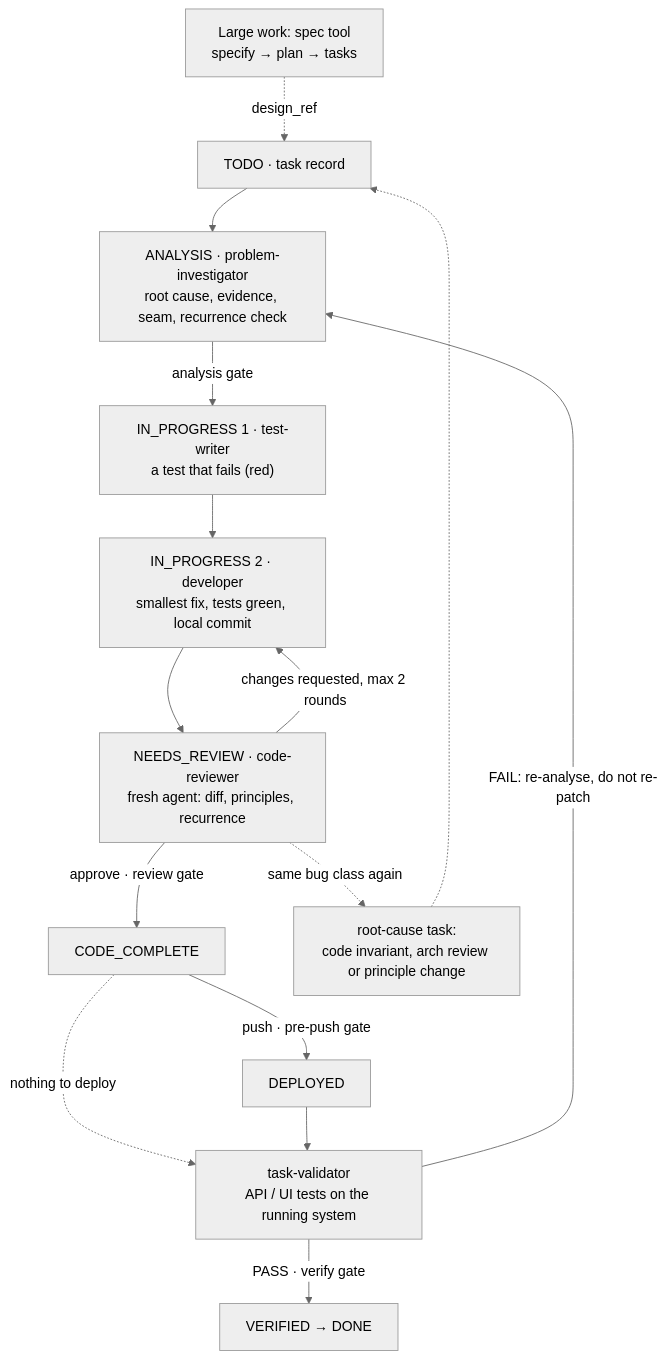
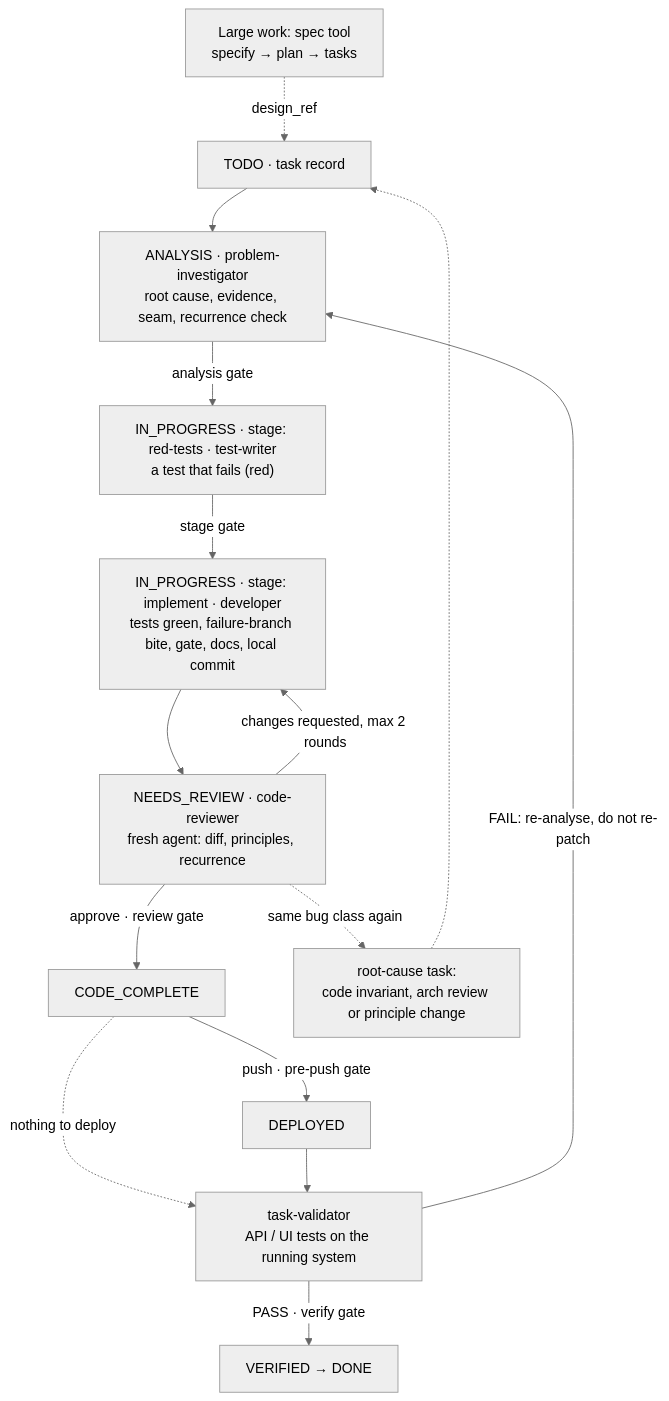
Before and after one commit to smykov/teamwright: the diagram in README.md, drawn with Mermaid (neutral theme). The commit also changed other lines of this file and 63 other files, not shown here.

First line of the commit message:
teamwright 0.12.0: stages, /teamwright:router, stage gate and gate stamps (#15)

````diff
--- a/README.md
+++ b/README.md
@@ -55,17 +81,17 @@
 ```mermaid
 flowchart TD
     SPEC["Large work: spec tool<br/>specify → plan → tasks"] -. "design_ref" .-> T
     T["TODO · task record"] --> A["ANALYSIS · problem-investigator<br/>root cause, evidence, seam, recurrence check"]
-    A -- "analysis gate" --> RED["IN_PROGRESS 1 · test-writer<br/>a test that fails (red)"]
-    RED --> GREEN["IN_PROGRESS 2 · developer<br/>smallest fix, tests green, local commit"]
+    A -- "analysis gate" --> RED["IN_PROGRESS · stage: red-tests · test-writer<br/>a test that fails (red)"]
+    RED -- "stage gate" --> GREEN["IN_PROGRESS · stage: implement · developer<br/>tests green, failure-branch bite, gate, docs, local commit"]
     GREEN --> NR["NEEDS_REVIEW · code-reviewer<br/>fresh agent: diff, principles, recurrence"]
     NR -- "changes requested, max 2 rounds" --> GREEN
     NR -- "approve · review gate" --> CC["CODE_COMPLETE"]
     CC -- "push · pre-push gate" --> DEP["DEPLOYED"]
     CC -. "nothing to deploy" .-> VAL
     DEP --> VAL["task-validator<br/>API / UI tests on the running system"]
     VAL -- "PASS · verify gate" --> DONE["VERIFIED → DONE"]
     VAL -- "FAIL: re-analyse, do not re-patch" --> A
     NR -. "same bug class again" .-> RCA["root-cause task:<br/>code invariant, arch review or principle change"]
     RCA -.-> T
 ```
````
